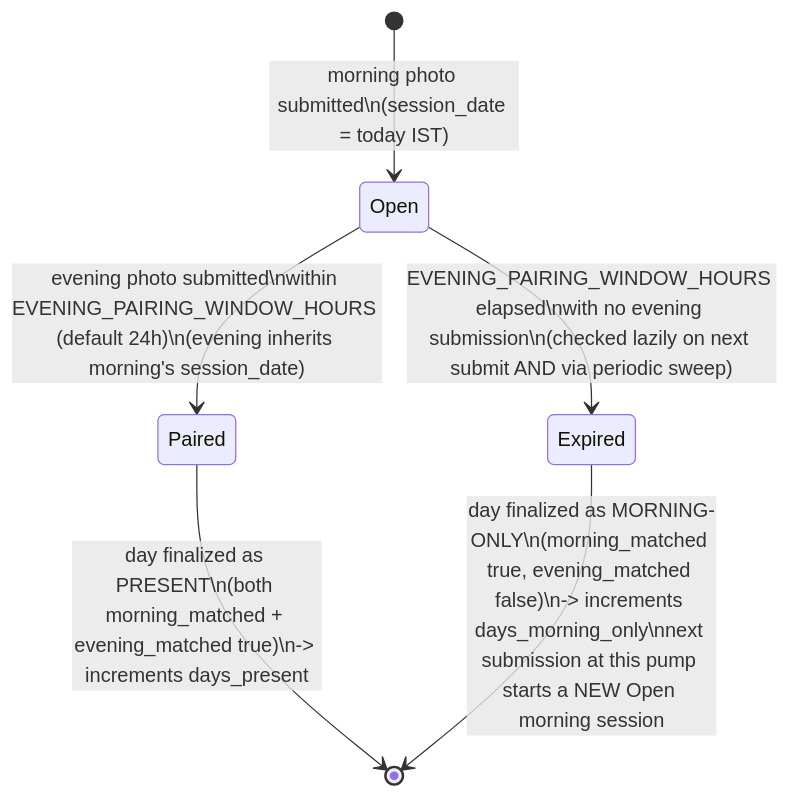
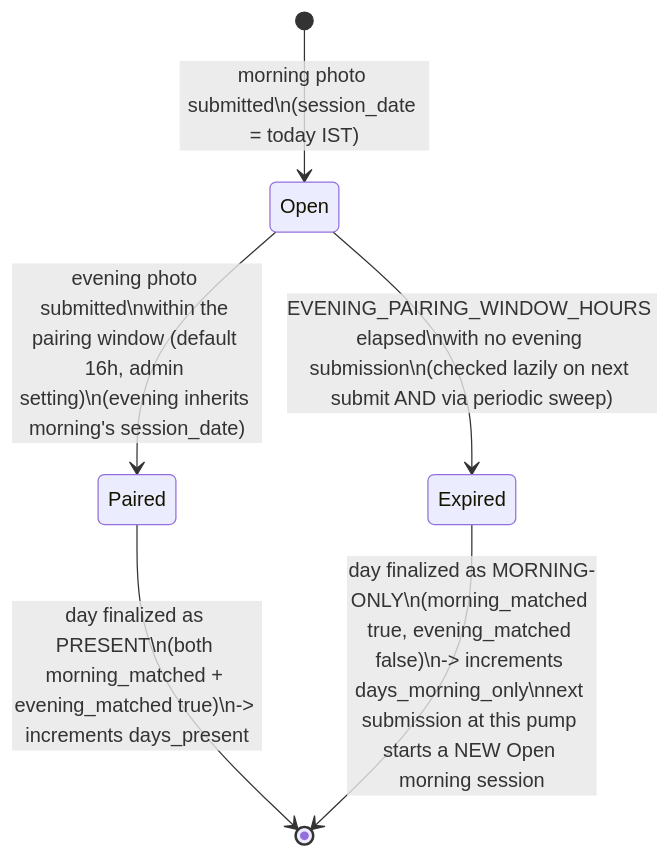
One commit to rohitnegi-rdc/face-attendance-system changed the fifth of 10 diagrams in docs/Architecture.md. Above: the diagram before and after it, drawn with Mermaid. The commit also changed 29 other files, not shown here.

````diff
--- a/docs/Architecture.md
+++ b/docs/Architecture.md
@@ -293,12 +293,12 @@
 ```mermaid
 stateDiagram-v2
     [*] --> Open : morning photo submitted\n(session_date = today IST)
 
-    Open --> Paired : evening photo submitted\nwithin EVENING_PAIRING_WINDOW_HOURS (default 24h)\n(evening inherits morning's session_date)
+    Open --> Paired : evening photo submitted\nwithin the pairing window (default 16h, admin setting)\n(evening inherits morning's session_date)
 
     Open --> Expired : EVENING_PAIRING_WINDOW_HOURS elapsed\nwith no evening submission\n(checked lazily on next submit AND via periodic sweep)
 
     Paired --> [*] : day finalized as PRESENT\n(both morning_matched + evening_matched true)\n-> increments days_present
 
     Expired --> [*] : day finalized as MORNING-ONLY\n(morning_matched true, evening_matched false)\n-> increments days_morning_only\nnext submission at this pump starts a NEW Open morning session
 ```
````
